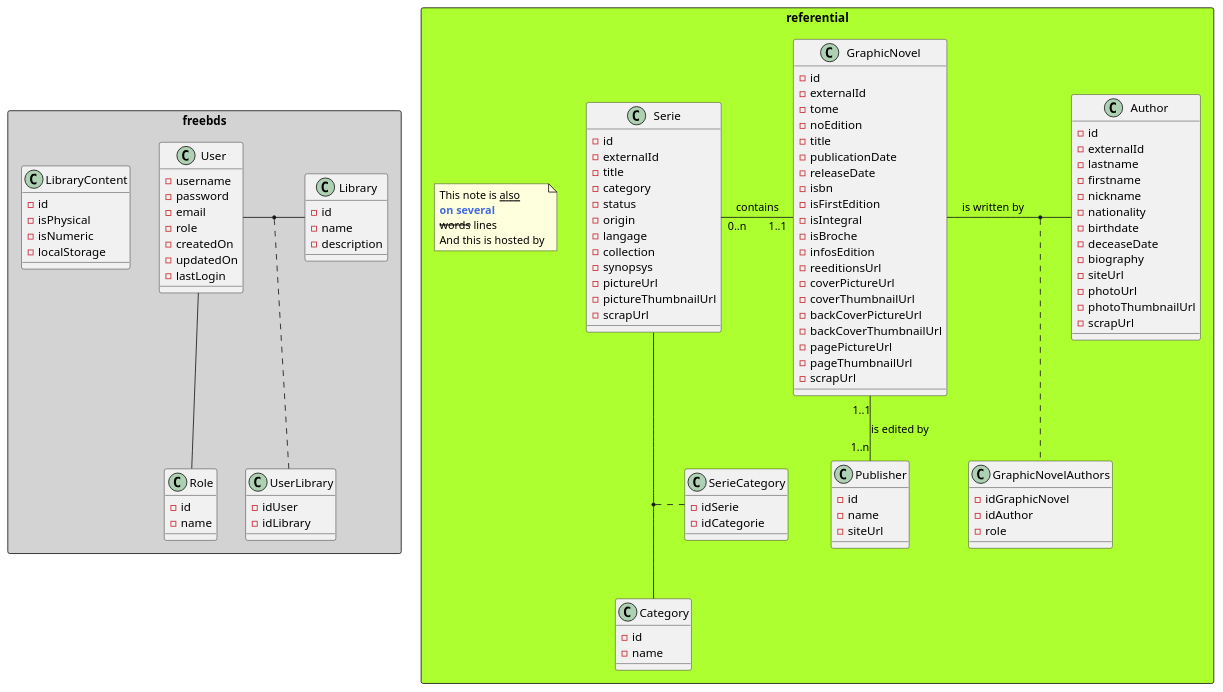
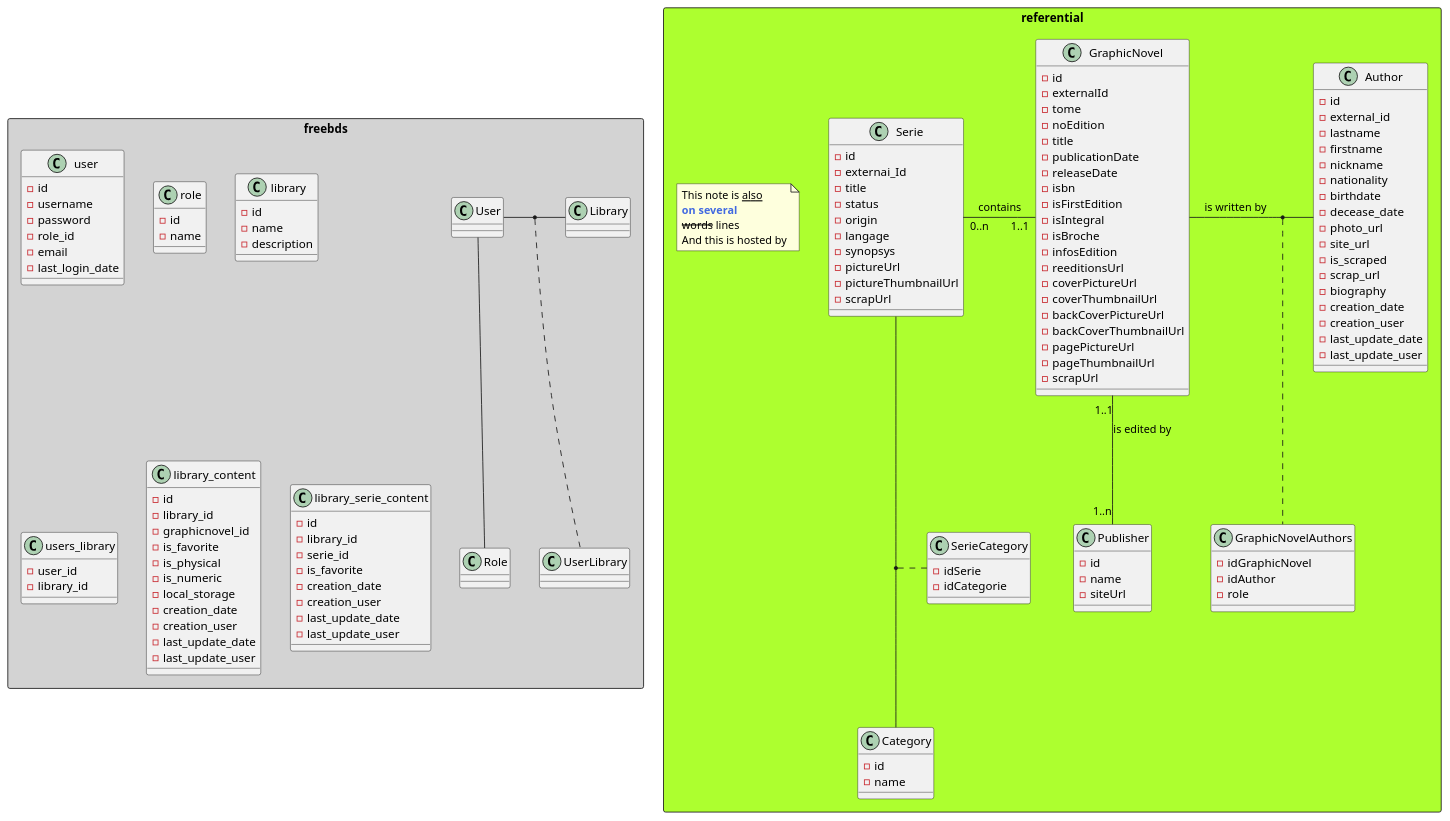
The diagram in docs/uml/freebds.puml (twenty-cents/freebds-backend), drawn with PlantUML before and after one commit. The commit also changed 96 other files, not shown here.

```diff
--- a/docs/uml/freebds.puml
+++ b/docs/uml/freebds.puml
@@ -1,133 +1,152 @@
 @startuml
 package freebds <<Rectangle>> #LightGray {
-class User {
+class user {
+    - id
     - username
     - password
+    - role_id
     - email
-    - role
-    - createdOn
-    - updatedOn
-    - lastLogin
+    - last_login_date
 }
 
-class Role {
+class role {
     - id
     - name
 }
 
-class Library {
+class library {
     - id
     - name
     - description
 }
 
-class UserLibrary {
-    - idUser
-    - idLibrary
+class users_library {
+    - user_id
+    - library_id
 }
 
-class LibraryContent {
+class library_content {
     - id
-    - isPhysical
-    - isNumeric
-    - localStorage
+    - library_id
+    - graphicnovel_id
+    - is_favorite
+    - is_physical
+    - is_numeric
+    - local_storage
+    - creation_date
+    - creation_user
+    - last_update_date
+    - last_update_user
+}
+
+class library_serie_content {
+    - id
+    - library_id
+    - serie_id
+    - is_favorite
+    - creation_date
+    - creation_user
+    - last_update_date
+    - last_update_user
 }
 
 User -- Role
 User - Library
 (User, Library) . UserLibrary
 }
 
 package referential <<Rectangle>> #GreenYellow {
 
 note as N1
   This note is <u>also</u>
   <b><color:royalBlue>on several</color>
   <s>words</s> lines
   And this is hosted by
 end note
 
 class Author {
     - id
-    - externalId
+    - external_id
     - lastname
     - firstname
     - nickname
     - nationality
     - birthdate
-    - deceaseDate
+    - decease_date
+    - photo_url
+    - site_url
+    - is_scraped
+    - scrap_url
     - biography
-    - siteUrl
-    - photoUrl
-    - photoThumbnailUrl
-    - scrapUrl
+    - creation_date
+    - creation_user
+    - last_update_date
+    - last_update_user
 }
 
 class Serie {
     - id
-    - externalId
+    - externai_Id
     - title
-    - category
     - status
     - origin
     - langage
-    - collection
     - synopsys
     - pictureUrl
     - pictureThumbnailUrl
     - scrapUrl
 }
 
 class Category {
     - id
     - name
 }
 
 class SerieCategory {
     - idSerie
     - idCategorie
 }
 
 class GraphicNovel {
     - id
     - externalId
     - tome
     - noEdition
     - title
     - publicationDate
     - releaseDate
     - isbn
     - isFirstEdition
     - isIntegral
     - isBroche
     - infosEdition
     - reeditionsUrl
     - coverPictureUrl
     - coverThumbnailUrl
     - backCoverPictureUrl
     - backCoverThumbnailUrl
     - pagePictureUrl
     - pageThumbnailUrl
     - scrapUrl
 }
 
 class GraphicNovelAuthors {
     - idGraphicNovel
     - idAuthor
     - role
 }
 
 class Publisher {
     - id
     - name
     - siteUrl
 }
 
 Serie "0..n" - "1..1" GraphicNovel : contains
 (Serie, Category) . SerieCategory
 GraphicNovel - Author : is written by
 (GraphicNovel, Author) . GraphicNovelAuthors
 GraphicNovel "1..1" -- "1..n" Publisher : is edited by
 }
 
 @enduml
```
